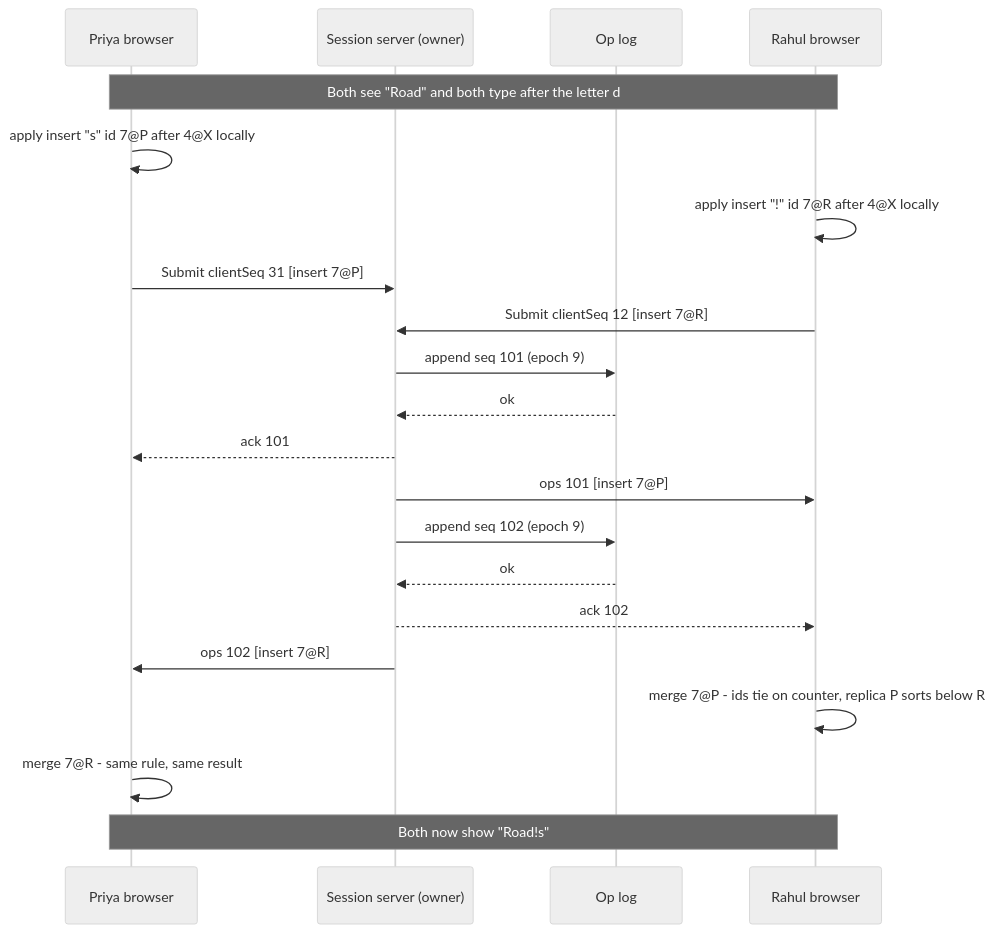
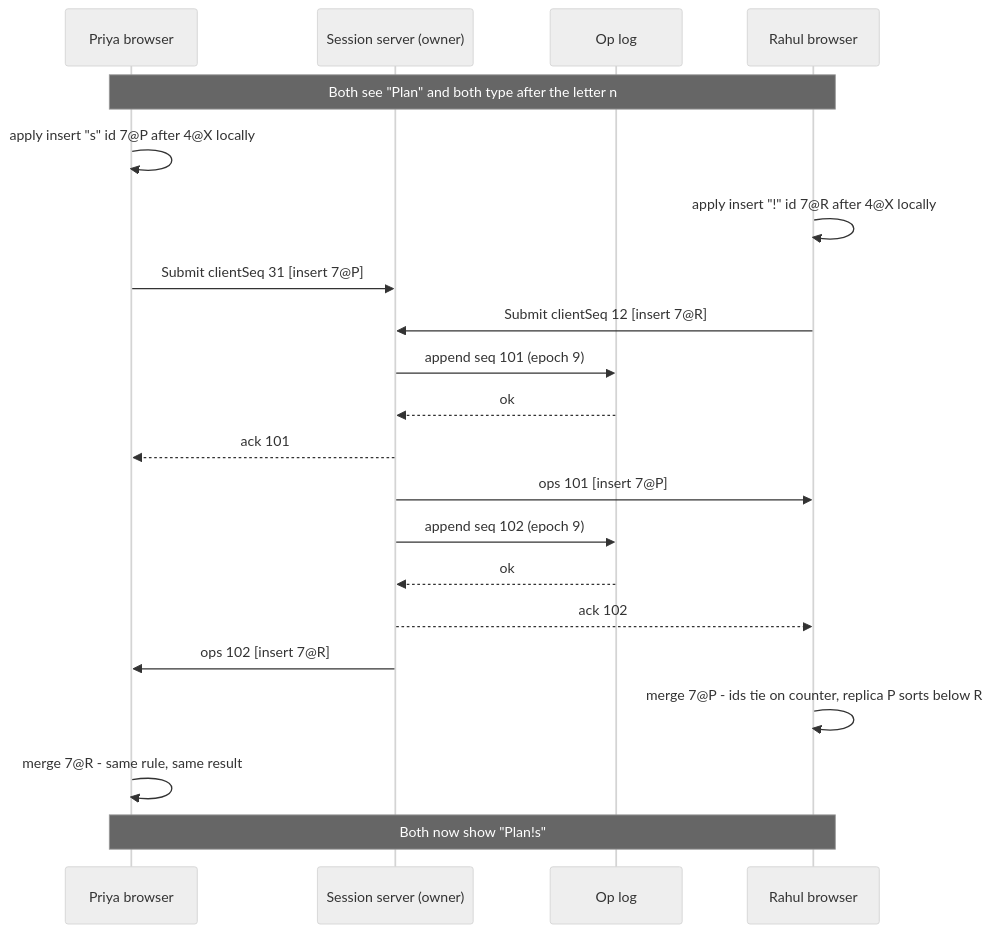
The second of 2 diagrams in content/lessons/m17/m17-collaborative-editor.md (rizwi0786/system-design-lab), drawn with Mermaid (neutral theme) before and after one commit. The commit also changed other lines of this file and 334 other files, not shown here.

````diff
--- a/content/lessons/m17/m17-collaborative-editor.md
+++ b/content/lessons/m17/m17-collaborative-editor.md
@@ -294,23 +294,23 @@
 ```mermaid
 sequenceDiagram
   participant P as Priya browser
   participant S as Session server (owner)
   participant L as Op log
   participant R as Rahul browser
-  Note over P,R: Both see "Road" and both type after the letter d
+  Note over P,R: Both see "Plan" and both type after the letter n
   P->>P: apply insert "s" id 7@P after 4@X locally
   R->>R: apply insert "!" id 7@R after 4@X locally
   P->>S: Submit clientSeq 31 [insert 7@P]
   R->>S: Submit clientSeq 12 [insert 7@R]
   S->>L: append seq 101 (epoch 9)
   L-->>S: ok
   S-->>P: ack 101
   S->>R: ops 101 [insert 7@P]
   S->>L: append seq 102 (epoch 9)
   L-->>S: ok
   S-->>R: ack 102
   S->>P: ops 102 [insert 7@R]
   R->>R: merge 7@P - ids tie on counter, replica P sorts below R
   P->>P: merge 7@R - same rule, same result
-  Note over P,R: Both now show "Road!s"
+  Note over P,R: Both now show "Plan!s"
 ```
````
